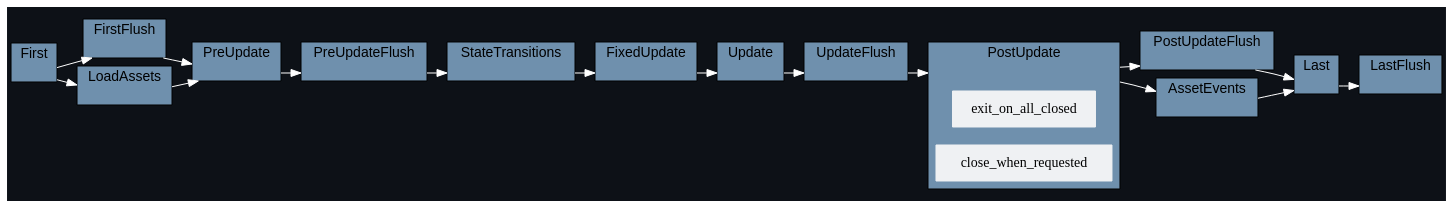
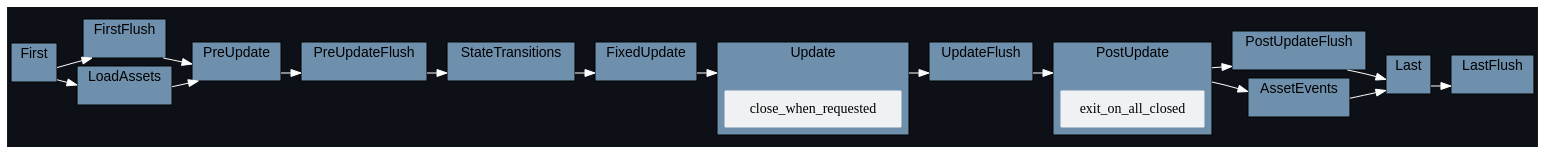
One commit to jakobhellermann/bevy_mod_debugdump changed the diagram in docs/by-crate/dark/schedule_Main_bevy_window.dot. Above: the diagram before and after it, drawn with Graphviz. The commit also changed other lines of this file and 59 other files, not shown here.

```diff
--- a/docs/by-crate/dark/schedule_Main_bevy_window.dot
+++ b/docs/by-crate/dark/schedule_Main_bevy_window.dot
@@ -1,110 +1,110 @@
 digraph "schedule" {
 	"compound"="true";
 	"splines"="spline";
 	"rankdir"="LR";
 	"bgcolor"="#0d1117";
 	"fontname"="Helvetica";
 	node ["shape"="box", "style"="filled", "fillcolor"="#eff1f3", "color"="#eff1f3"];
 	edge ["color"="white"];
 	subgraph "clusternode_Set(0)" {
 		"label"="Update";
 		"bgcolor"="#6f90ad";
 		"set_marker_node_Set(0)" ["style"="invis", "label"="", "height"="0", "shape"="point"]
+		"node_System(46)" ["label"="close_when_requested"]
 	}
 	
 	subgraph "clusternode_Set(2)" {
 		"label"="FirstFlush";
 		"bgcolor"="#6f90ad";
 		"set_marker_node_Set(2)" ["style"="invis", "label"="", "height"="0", "shape"="point"]
 	}
 	
 	subgraph "clusternode_Set(3)" {
 		"label"="PreUpdateFlush";
 		"bgcolor"="#6f90ad";
 		"set_marker_node_Set(3)" ["style"="invis", "label"="", "height"="0", "shape"="point"]
 	}
 	
 	subgraph "clusternode_Set(4)" {
 		"label"="UpdateFlush";
 		"bgcolor"="#6f90ad";
 		"set_marker_node_Set(4)" ["style"="invis", "label"="", "height"="0", "shape"="point"]
 	}
 	
 	subgraph "clusternode_Set(5)" {
 		"label"="PostUpdateFlush";
 		"bgcolor"="#6f90ad";
 		"set_marker_node_Set(5)" ["style"="invis", "label"="", "height"="0", "shape"="point"]
 	}
 	
 	subgraph "clusternode_Set(6)" {
 		"label"="LastFlush";
 		"bgcolor"="#6f90ad";
 		"set_marker_node_Set(6)" ["style"="invis", "label"="", "height"="0", "shape"="point"]
 	}
 	
 	subgraph "clusternode_Set(7)" {
 		"label"="First";
 		"bgcolor"="#6f90ad";
 		"set_marker_node_Set(7)" ["style"="invis", "label"="", "height"="0", "shape"="point"]
 	}
 	
 	subgraph "clusternode_Set(8)" {
 		"label"="PreUpdate";
 		"bgcolor"="#6f90ad";
 		"set_marker_node_Set(8)" ["style"="invis", "label"="", "height"="0", "shape"="point"]
 	}
 	
 	subgraph "clusternode_Set(9)" {
 		"label"="StateTransitions";
 		"bgcolor"="#6f90ad";
 		"set_marker_node_Set(9)" ["style"="invis", "label"="", "height"="0", "shape"="point"]
 	}
 	
 	subgraph "clusternode_Set(10)" {
 		"label"="FixedUpdate";
 		"bgcolor"="#6f90ad";
 		"set_marker_node_Set(10)" ["style"="invis", "label"="", "height"="0", "shape"="point"]
 	}
 	
 	subgraph "clusternode_Set(11)" {
 		"label"="PostUpdate";
 		"bgcolor"="#6f90ad";
 		"set_marker_node_Set(11)" ["style"="invis", "label"="", "height"="0", "shape"="point"]
 		"node_System(45)" ["label"="exit_on_all_closed"]
-		"node_System(46)" ["label"="close_when_requested"]
 	}
 	
 	subgraph "clusternode_Set(12)" {
 		"label"="Last";
 		"bgcolor"="#6f90ad";
 		"set_marker_node_Set(12)" ["style"="invis", "label"="", "height"="0", "shape"="point"]
 	}
 	
 	subgraph "clusternode_Set(58)" {
 		"label"="LoadAssets";
 		"bgcolor"="#6f90ad";
 		"set_marker_node_Set(58)" ["style"="invis", "label"="", "height"="0", "shape"="point"]
 	}
 	
 	subgraph "clusternode_Set(59)" {
 		"label"="AssetEvents";
 		"bgcolor"="#6f90ad";
 		"set_marker_node_Set(59)" ["style"="invis", "label"="", "height"="0", "shape"="point"]
 	}
 	
 	"set_marker_node_Set(7)" -> "set_marker_node_Set(2)" ["lhead"="clusternode_Set(2)", "ltail"="clusternode_Set(7)"]
 	"set_marker_node_Set(2)" -> "set_marker_node_Set(8)" ["lhead"="clusternode_Set(8)", "ltail"="clusternode_Set(2)"]
 	"set_marker_node_Set(8)" -> "set_marker_node_Set(3)" ["lhead"="clusternode_Set(3)", "ltail"="clusternode_Set(8)"]
 	"set_marker_node_Set(3)" -> "set_marker_node_Set(9)" ["lhead"="clusternode_Set(9)", "ltail"="clusternode_Set(3)"]
 	"set_marker_node_Set(9)" -> "set_marker_node_Set(10)" ["lhead"="clusternode_Set(10)", "ltail"="clusternode_Set(9)"]
 	"set_marker_node_Set(10)" -> "set_marker_node_Set(0)" ["lhead"="clusternode_Set(0)", "ltail"="clusternode_Set(10)"]
 	"set_marker_node_Set(0)" -> "set_marker_node_Set(4)" ["lhead"="clusternode_Set(4)", "ltail"="clusternode_Set(0)"]
 	"set_marker_node_Set(4)" -> "set_marker_node_Set(11)" ["lhead"="clusternode_Set(11)", "ltail"="clusternode_Set(4)"]
 	"set_marker_node_Set(11)" -> "set_marker_node_Set(5)" ["lhead"="clusternode_Set(5)", "ltail"="clusternode_Set(11)"]
 	"set_marker_node_Set(5)" -> "set_marker_node_Set(12)" ["lhead"="clusternode_Set(12)", "ltail"="clusternode_Set(5)"]
 	"set_marker_node_Set(12)" -> "set_marker_node_Set(6)" ["lhead"="clusternode_Set(6)", "ltail"="clusternode_Set(12)"]
 	"set_marker_node_Set(58)" -> "set_marker_node_Set(8)" ["lhead"="clusternode_Set(8)", "ltail"="clusternode_Set(58)"]
 	"set_marker_node_Set(7)" -> "set_marker_node_Set(58)" ["lhead"="clusternode_Set(58)", "ltail"="clusternode_Set(7)"]
 	"set_marker_node_Set(11)" -> "set_marker_node_Set(59)" ["lhead"="clusternode_Set(59)", "ltail"="clusternode_Set(11)"]
 	"set_marker_node_Set(59)" -> "set_marker_node_Set(12)" ["lhead"="clusternode_Set(12)", "ltail"="clusternode_Set(59)"]
 }
```
